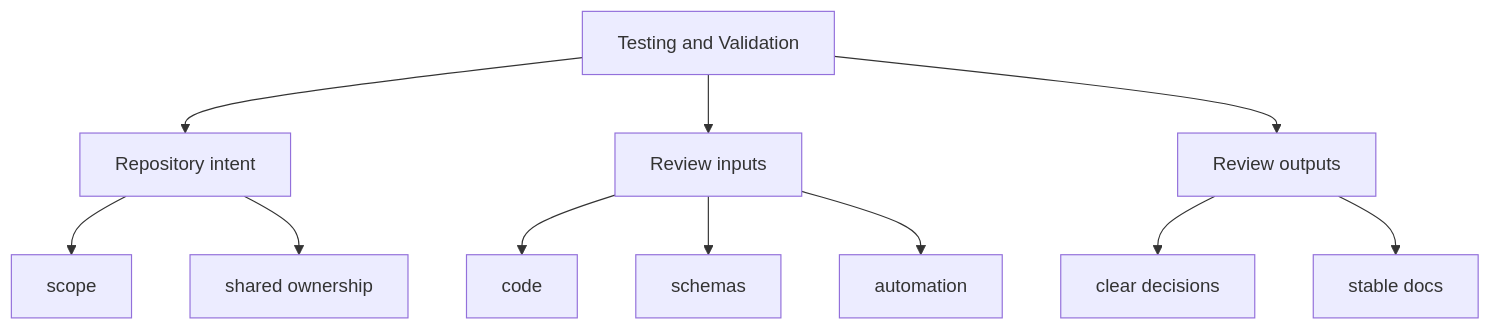
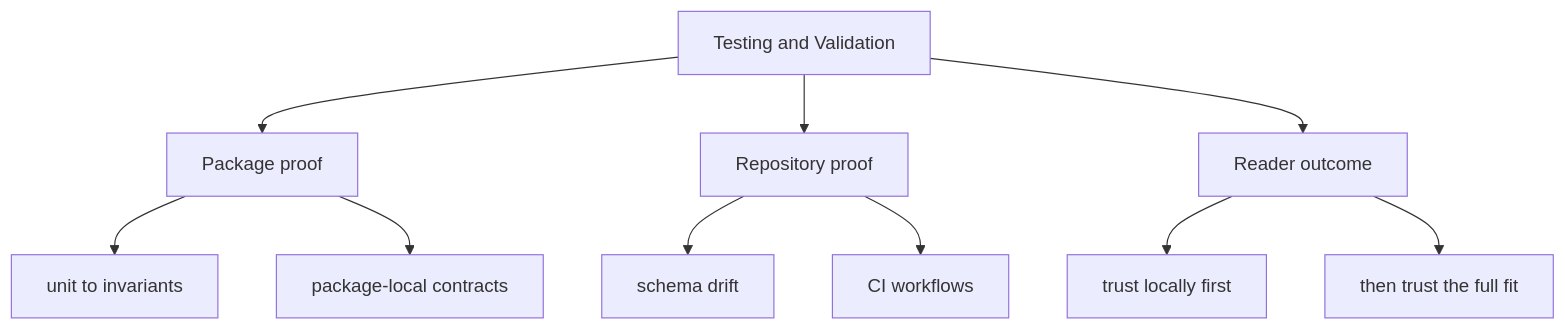
One commit to bijux/bijux-canon changed the second of 2 diagrams in docs/bijux-canon/testing-and-validation.md. Above: the diagram before and after it, drawn with Mermaid. The commit also changed other lines of this file and 11 other files, not shown here.

Commit message:
docs(diagrams): clarify root handbook maps

````diff
--- a/docs/bijux-canon/testing-and-validation.md
+++ b/docs/bijux-canon/testing-and-validation.md
@@ -40,24 +40,22 @@
 ```mermaid
 flowchart TD
     page["Testing and Validation"]
-    focus1["Repository intent"]
+    focus1["Package proof"]
     page --> focus1
-    focus1_1["scope"]
+    focus1_1["unit to invariants"]
     focus1 --> focus1_1
-    focus1_2["shared ownership"]
+    focus1_2["package-local contracts"]
     focus1 --> focus1_2
-    focus2["Review inputs"]
+    focus2["Repository proof"]
     page --> focus2
-    focus2_1["code"]
+    focus2_1["schema drift"]
     focus2 --> focus2_1
-    focus2_2["schemas"]
+    focus2_2["CI workflows"]
     focus2 --> focus2_2
-    focus2_3["automation"]
-    focus2 --> focus2_3
-    focus3["Review outputs"]
+    focus3["Reader outcome"]
     page --> focus3
-    focus3_1["clear decisions"]
+    focus3_1["trust locally first"]
     focus3 --> focus3_1
-    focus3_2["stable docs"]
+    focus3_2["then trust the full fit"]
     focus3 --> focus3_2
 ```
````
